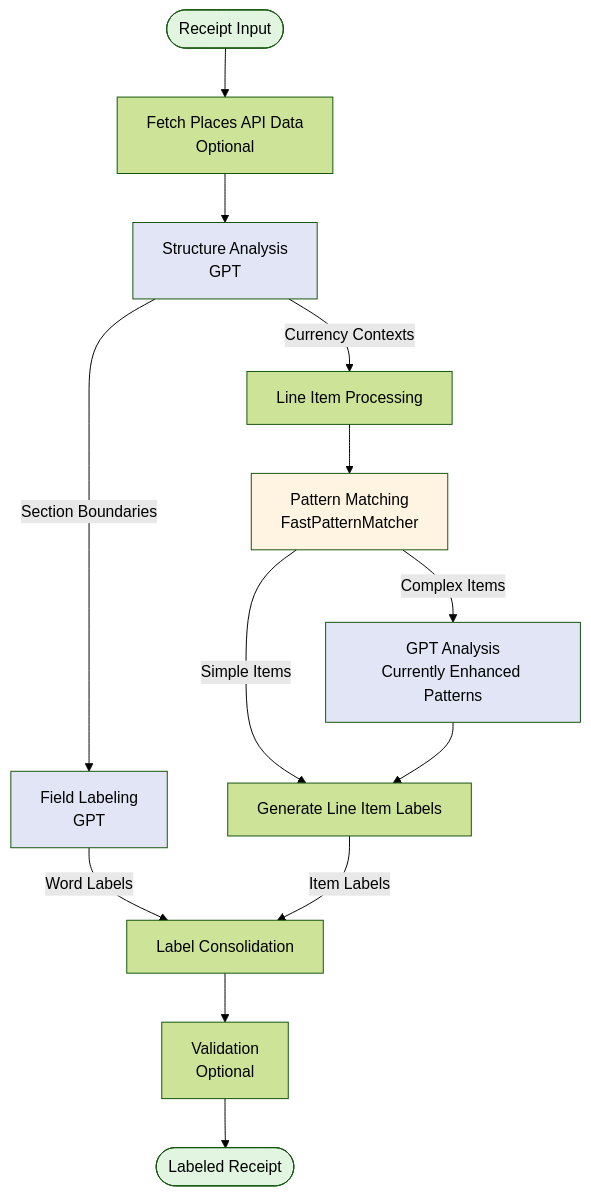
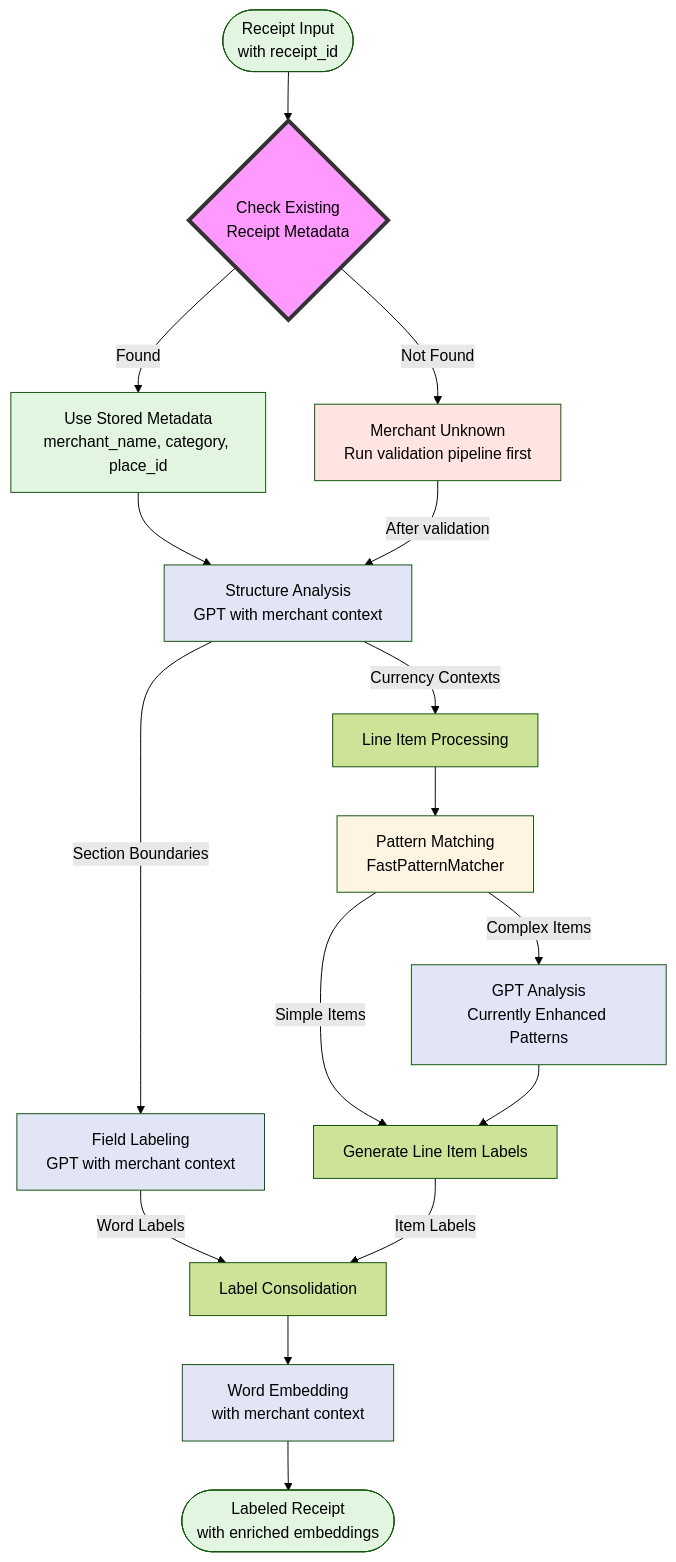
Before and after one commit to tnorlund/Portfolio: the diagram in receipt_label/README.md, drawn with Mermaid (forest theme). The commit also changed other lines of this file and 1 other file, not shown here.

First line of the commit message:
docs: update labeling flow to leverage existing merchant metadata

````diff
--- a/receipt_label/README.md
+++ b/receipt_label/README.md
@@ -9,26 +9,35 @@
 ```mermaid
 flowchart TD
-    Start([Receipt Input]) --> FetchPlaces[Fetch Places API Data<br/>Optional]
-    FetchPlaces --> Structure[Structure Analysis<br/>GPT]
+    Start([Receipt Input<br/>with receipt_id]) --> CheckMeta{Check Existing<br/>Receipt Metadata}
 
-    Structure --> |Section Boundaries| FieldLabel[Field Labeling<br/>GPT]
+    CheckMeta --> |Found| UseMeta[Use Stored Metadata<br/>merchant_name, category, place_id]
+    CheckMeta --> |Not Found| NeedsMerchant[Merchant Unknown<br/>Run validation pipeline first]
+
+    UseMeta --> Structure[Structure Analysis<br/>GPT with merchant context]
+    NeedsMerchant --> |After validation| Structure
+
+    Structure --> |Section Boundaries| FieldLabel[Field Labeling<br/>GPT with merchant context]
     Structure --> |Currency Contexts| LineItem[Line Item Processing]
 
     FieldLabel --> |Word Labels| Consolidate[Label Consolidation]
 
     LineItem --> Pattern[Pattern Matching<br/>FastPatternMatcher]
     Pattern --> |Simple Items| LineLabels[Generate Line Item Labels]
     Pattern --> |Complex Items| GPTAnalysis[GPT Analysis<br/>Currently Enhanced Patterns]
     GPTAnalysis --> LineLabels
     LineLabels --> |Item Labels| Consolidate
 
-    Consolidate --> Validation[Validation<br/>Optional]
-    Validation --> Result([Labeled Receipt])
+    Consolidate --> Embedding[Word Embedding<br/>with merchant context]
+    Embedding --> Result([Labeled Receipt<br/>with enriched embeddings])
 
     style Start fill:#e1f5e1
     style Result fill:#e1f5e1
+    style CheckMeta fill:#f9f,stroke:#333,stroke-width:4px
+    style UseMeta fill:#e1f5e1
+    style NeedsMerchant fill:#ffe4e1
     style Pattern fill:#fff4e1
     style GPTAnalysis fill:#e1e5f5
     style Structure fill:#e1e5f5
     style FieldLabel fill:#e1e5f5
+    style Embedding fill:#e1e5f5
 ```
````
